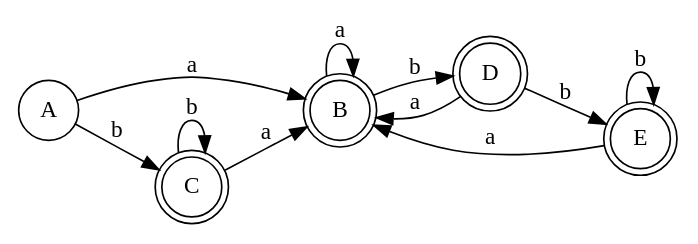
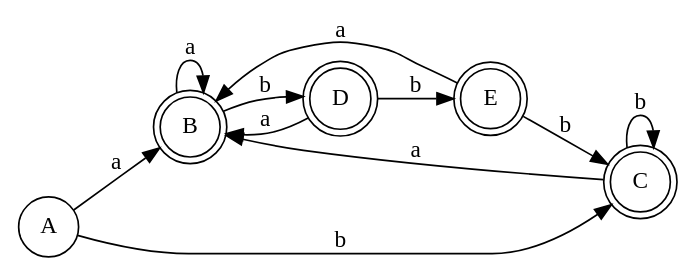
One commit to DaronP/Proyecto_Automatas changed the diagram in proyecto1/subconjuntos.gv. Above: the diagram before and after it, drawn with Graphviz. The commit also changed 8 other files, not shown here.

```diff
--- a/proyecto1/subconjuntos.gv
+++ b/proyecto1/subconjuntos.gv
@@ -1,25 +1,25 @@
 digraph finite_state_machine {
 	rankdir=LR size="8,5"
 	node [shape=doublecircle]
 	B
 	C
 	B
 	D
 	B
 	C
 	B
 	E
 	B
-	E
+	C
 	node [shape=circle]
 	A -> B [label=a]
 	A -> C [label=b]
 	B -> B [label=a]
 	B -> D [label=b]
 	C -> B [label=a]
 	C -> C [label=b]
 	D -> B [label=a]
 	D -> E [label=b]
 	E -> B [label=a]
-	E -> E [label=b]
+	E -> C [label=b]
 }
```
